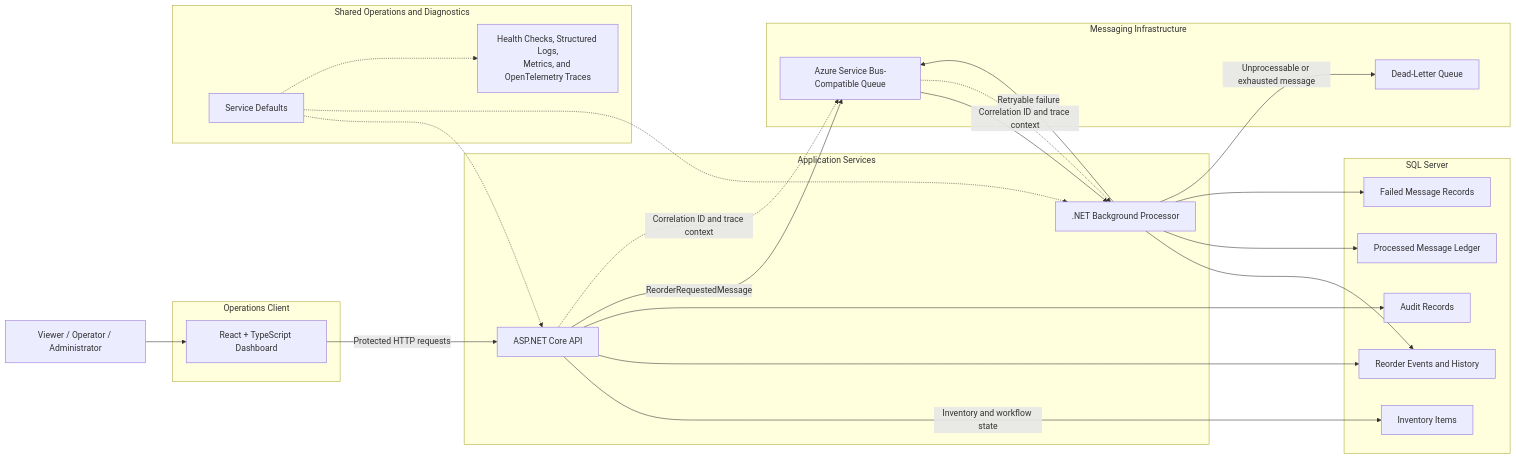
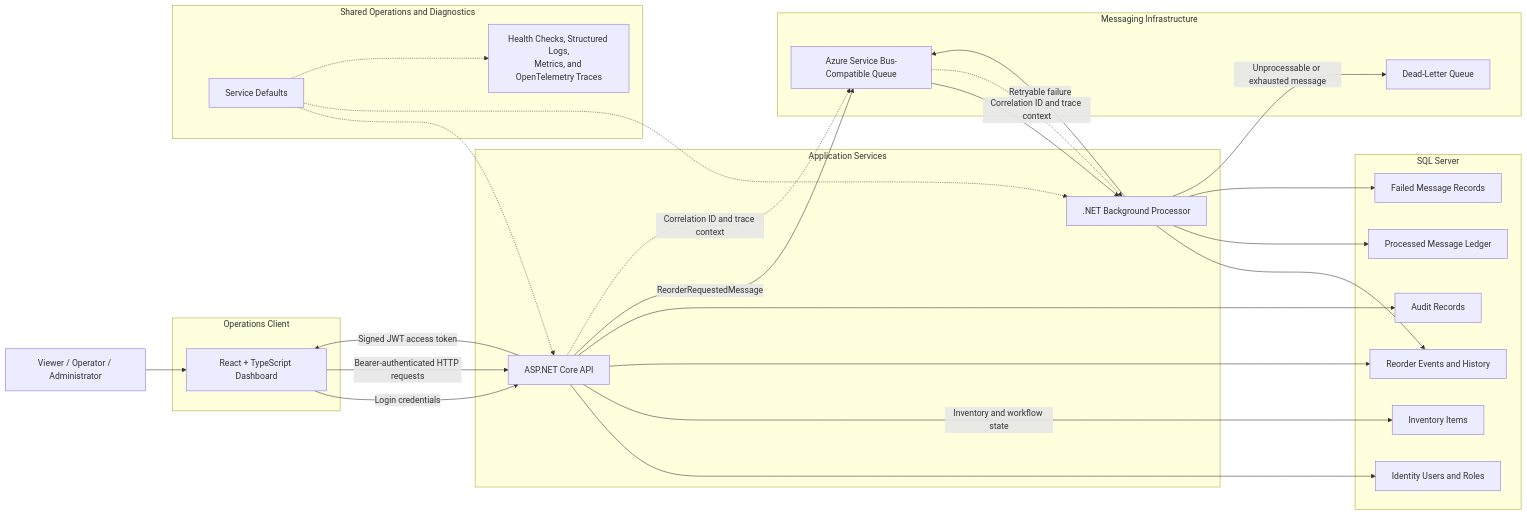
Before and after one commit to w-cook/event-driven-inventory-reorder-platform: the diagram in docs/architecture.md, drawn with Mermaid. The commit also changed other lines of this file and 6 other files, not shown here.

Commit message:
Update documentation for Identity and JWT authentication

````diff
--- a/docs/architecture.md
+++ b/docs/architecture.md
@@ -9,53 +9,57 @@
 ```mermaid
 flowchart LR
     User["Viewer / Operator / Administrator"]
 
     subgraph Client["Operations Client"]
         React["React + TypeScript Dashboard"]
     end
 
     subgraph Application["Application Services"]
         API["ASP.NET Core API"]
         Processor[".NET Background Processor"]
     end
 
     subgraph Messaging["Messaging Infrastructure"]
         Queue["Azure Service Bus-Compatible Queue"]
         DLQ["Dead-Letter Queue"]
     end
 
     subgraph Persistence["SQL Server"]
+        Identity["Identity Users and Roles"]
         Inventory["Inventory Items"]
         Reorders["Reorder Events and History"]
         Audit["Audit Records"]
         Processed["Processed Message Ledger"]
         Failed["Failed Message Records"]
     end
 
     subgraph Observability["Shared Operations and Diagnostics"]
         ServiceDefaults["Service Defaults"]
         Telemetry["Health Checks, Structured Logs,\nMetrics, and OpenTelemetry Traces"]
     end
 
     User --> React
-    React -->|"Protected HTTP requests"| API
+    React -->|"Login credentials"| API
+    API -->|"Signed JWT access token"| React
+    React -->|"Bearer-authenticated HTTP requests"| API
 
+    API --> Identity
     API -->|"Inventory and workflow state"| Inventory
     API --> Reorders
     API --> Audit
     API -->|"ReorderRequestedMessage"| Queue
 
     Queue --> Processor
     Processor --> Reorders
     Processor --> Processed
     Processor --> Failed
     Processor -->|"Retryable failure"| Queue
     Processor -->|"Unprocessable or exhausted message"| DLQ
 
     ServiceDefaults -.-> API
     ServiceDefaults -.-> Processor
     ServiceDefaults -.-> Telemetry
 
     API -.->|"Correlation ID and trace context"| Queue
     Queue -.->|"Correlation ID and trace context"| Processor
 ```
````
